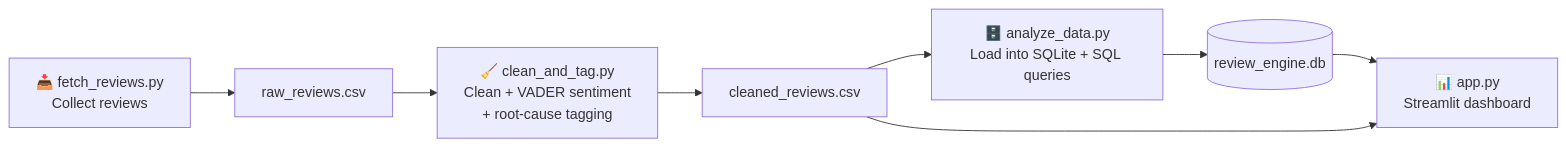
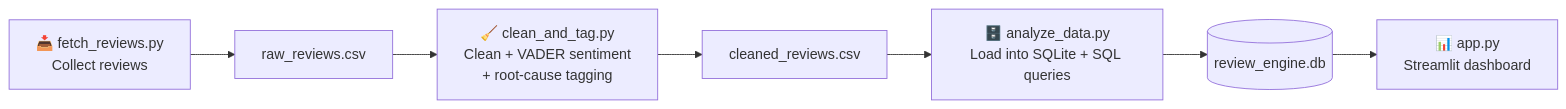
The diagram in README.md (akshayanimma/review-intelligence-engine), drawn with Mermaid before and after one commit. The commit also changed other lines of this file, not shown here.

````diff
--- a/README.md
+++ b/README.md
@@ -50,10 +69,9 @@
 ```mermaid
 flowchart LR
     A["📥 fetch_reviews.py<br/>Collect reviews"] --> B["raw_reviews.csv"]
     B --> C["🧹 clean_and_tag.py<br/>Clean + VADER sentiment<br/>+ root-cause tagging"]
     C --> D["cleaned_reviews.csv"]
     D --> E["🗄️ analyze_data.py<br/>Load into SQLite + SQL queries"]
     E --> F[("review_engine.db")]
     F --> G["📊 app.py<br/>Streamlit dashboard"]
-    D --> G
 ```
````
